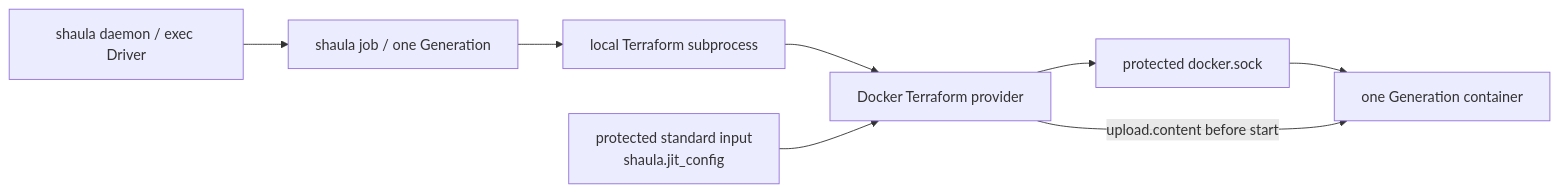
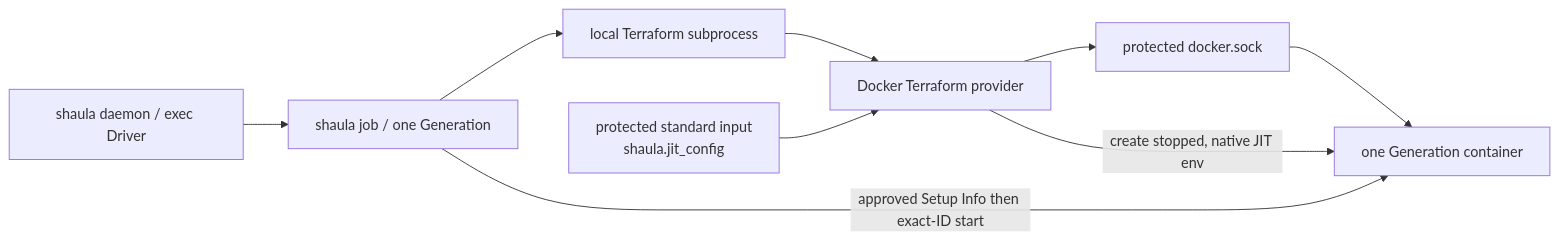
One commit to 5aaee9/shaula changed the diagram in docs/specs/0006-docker-runner-resource.md. Above: the diagram before and after it, drawn with Mermaid. The commit also changed other lines of this file and 97 other files, not shown here.

````diff
--- a/docs/specs/0006-docker-runner-resource.md
+++ b/docs/specs/0006-docker-runner-resource.md
@@ -16,10 +16,11 @@
 ```mermaid
 flowchart LR
     Shaula["shaula daemon / exec Driver"] --> Worker["shaula job / one Generation"]
     Worker --> TF["local Terraform subprocess"]
     TF --> Provider["Docker Terraform provider"]
     Provider --> Socket["protected docker.sock"]
     Socket --> Container["one Generation container"]
     JIT["protected standard input<br/>shaula.jit_config"] --> Provider
-    Provider -->|"upload.content before start"| Container
+    Provider -->|"create stopped, native JIT env"| Container
+    Worker -->|"approved Setup Info then exact-ID start"| Container
 ```
````
